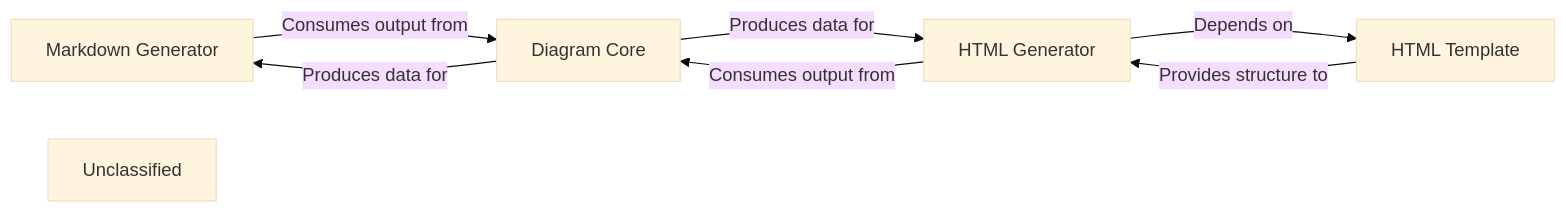
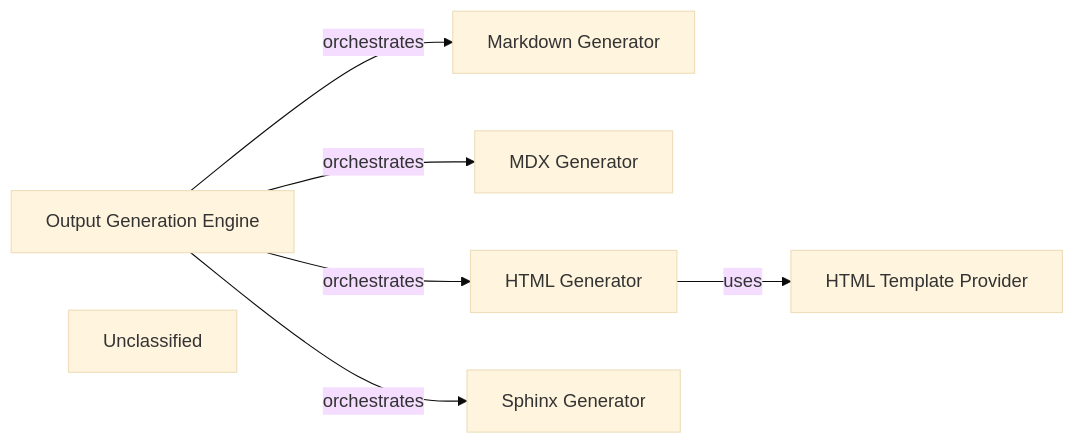
The diagram in .codeboarding/Output_Generation_Engine.md (CodeBoarding/CodeBoarding), drawn with Mermaid (base theme) before and after one commit. The commit also changed other lines of this file and 21 other files, not shown here.

First line of the commit message:
docs: update codeboarding documentation and generate architecture

````diff
--- a/.codeboarding/Output_Generation_Engine.md
+++ b/.codeboarding/Output_Generation_Engine.md
@@ -1,14 +1,16 @@
 ```mermaid
 graph LR
+    Output_Generation_Engine["Output Generation Engine"]
     Markdown_Generator["Markdown Generator"]
+    MDX_Generator["MDX Generator"]
     HTML_Generator["HTML Generator"]
-    Diagram_Core["Diagram Core"]
-    HTML_Template["HTML Template"]
+    Sphinx_Generator["Sphinx Generator"]
+    HTML_Template_Provider["HTML Template Provider"]
     Unclassified["Unclassified"]
-    Markdown_Generator -- "Consumes output from" --> Diagram_Core
-    HTML_Generator -- "Depends on" --> HTML_Template
-    HTML_Generator -- "Consumes output from" --> Diagram_Core
-    Diagram_Core -- "Produces data for" --> Markdown_Generator
-    Diagram_Core -- "Produces data for" --> HTML_Generator
-    HTML_Template -- "Provides structure to" --> HTML_Generator
+    Output_Generation_Engine -- "orchestrates" --> Markdown_Generator
+    Output_Generation_Engine -- "orchestrates" --> MDX_Generator
+    Output_Generation_Engine -- "orchestrates" --> HTML_Generator
+    Output_Generation_Engine -- "orchestrates" --> Sphinx_Generator
+    HTML_Generator -- "uses" --> HTML_Template_Provider
+    click Output_Generation_Engine href "https://github.com/CodeBoarding/CodeBoarding/blob/main/.codeboarding/Output_Generation_Engine.md" "Details"
 ```
````
